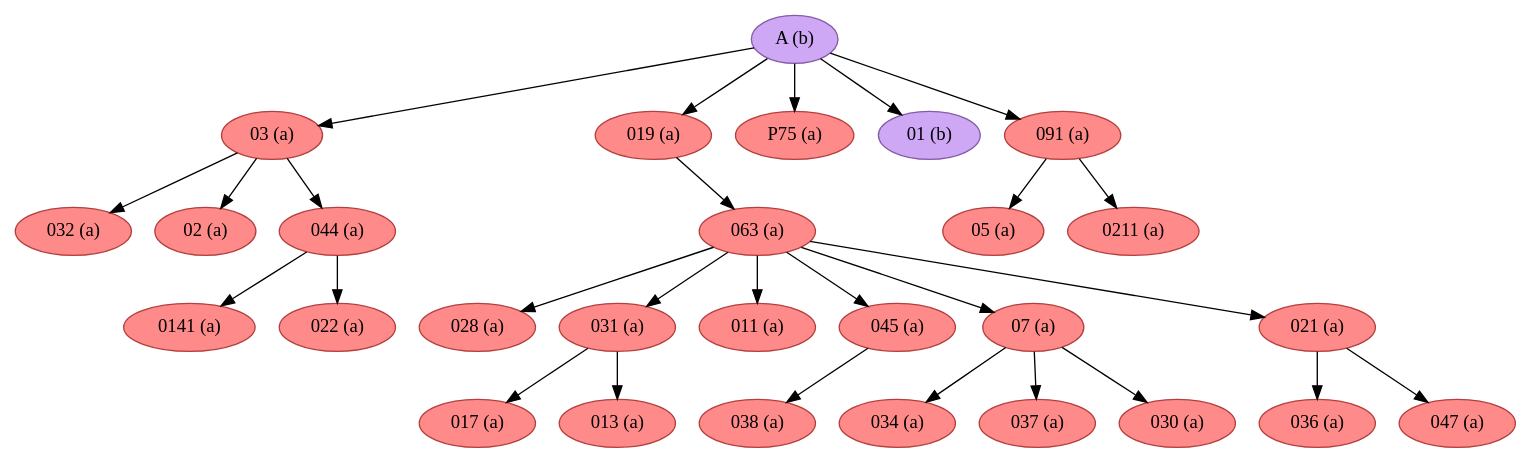
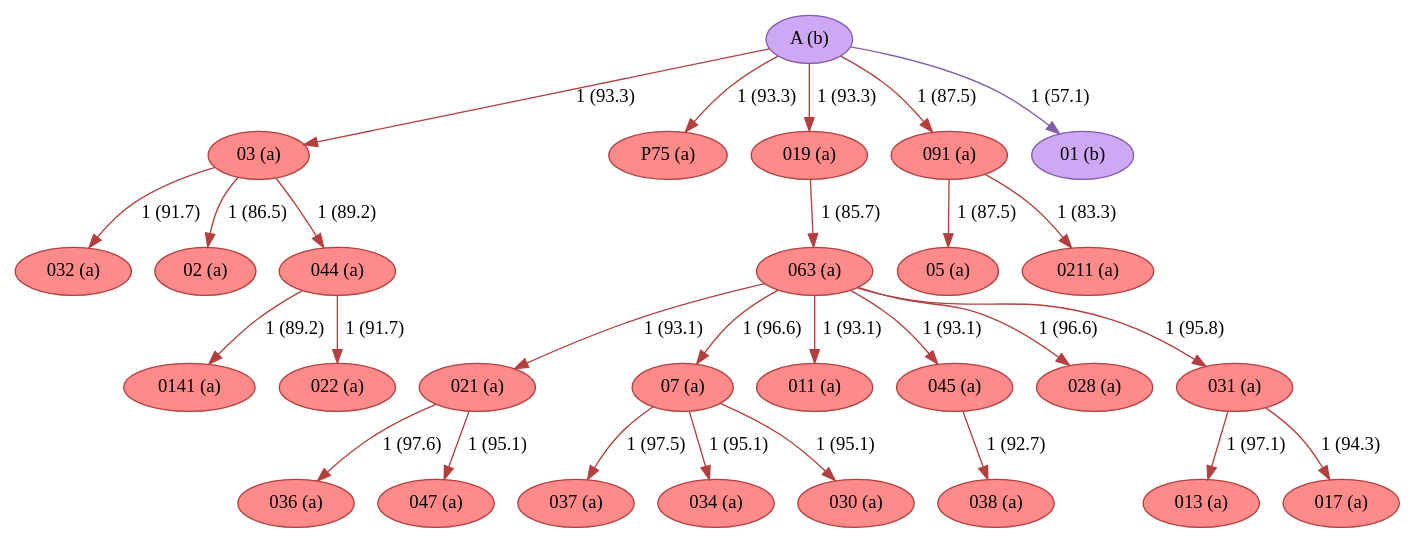
One commit to edmondac/CBGM changed the diagram in example/c2/textual_flow_22_62-66_c2.dot. Above: the diagram before and after it, drawn with Graphviz. The commit also changed 163 other files, not shown here.

Commit message:
Updated diagrams with new code

```diff
--- a/example/c2/textual_flow_22_62-66_c2.dot
+++ b/example/c2/textual_flow_22_62-66_c2.dot
@@ -1,57 +1,57 @@
 strict digraph G {
+"013 (a)" [fillcolor="#FF8A8A", color="#b43f3f", style=filled];
+"017 (a)" [fillcolor="#FF8A8A", color="#b43f3f", style=filled];
+"032 (a)" [fillcolor="#FF8A8A", color="#b43f3f", style=filled];
+"021 (a)" [fillcolor="#FF8A8A", color="#b43f3f", style=filled];
+"037 (a)" [fillcolor="#FF8A8A", color="#b43f3f", style=filled];
+"05 (a)" [fillcolor="#FF8A8A", color="#b43f3f", style=filled];
+"02 (a)" [fillcolor="#FF8A8A", color="#b43f3f", style=filled];
+"036 (a)" [fillcolor="#FF8A8A", color="#b43f3f", style=filled];
+"07 (a)" [fillcolor="#FF8A8A", color="#b43f3f", style=filled];
+"03 (a)" [fillcolor="#FF8A8A", color="#b43f3f", style=filled];
+"P75 (a)" [fillcolor="#FF8A8A", color="#b43f3f", style=filled];
 "038 (a)" [fillcolor="#FF8A8A", color="#b43f3f", style=filled];
-"032 (a)" [fillcolor="#FF8A8A", color="#b43f3f", style=filled];
 "034 (a)" [fillcolor="#FF8A8A", color="#b43f3f", style=filled];
+"019 (a)" [fillcolor="#FF8A8A", color="#b43f3f", style=filled];
+"0141 (a)" [fillcolor="#FF8A8A", color="#b43f3f", style=filled];
+"0211 (a)" [fillcolor="#FF8A8A", color="#b43f3f", style=filled];
+"091 (a)" [fillcolor="#FF8A8A", color="#b43f3f", style=filled];
+"011 (a)" [fillcolor="#FF8A8A", color="#b43f3f", style=filled];
+"045 (a)" [fillcolor="#FF8A8A", color="#b43f3f", style=filled];
+"01 (b)" [fillcolor="#CEA8F4", color="#835da9", style=filled];
+"030 (a)" [fillcolor="#FF8A8A", color="#b43f3f", style=filled];
+"028 (a)" [fillcolor="#FF8A8A", color="#b43f3f", style=filled];
+"A (b)" [fillcolor="#CEA8F4", color="#835da9", style=filled];
+"022 (a)" [fillcolor="#FF8A8A", color="#b43f3f", style=filled];
+"047 (a)" [fillcolor="#FF8A8A", color="#b43f3f", style=filled];
+"044 (a)" [fillcolor="#FF8A8A", color="#b43f3f", style=filled];
 "063 (a)" [fillcolor="#FF8A8A", color="#b43f3f", style=filled];
-"A (b)" [fillcolor="#CEA8F4", color="#835da9", style=filled];
-"05 (a)" [fillcolor="#FF8A8A", color="#b43f3f", style=filled];
-"028 (a)" [fillcolor="#FF8A8A", color="#b43f3f", style=filled];
-"02 (a)" [fillcolor="#FF8A8A", color="#b43f3f", style=filled];
-"03 (a)" [fillcolor="#FF8A8A", color="#b43f3f", style=filled];
-"044 (a)" [fillcolor="#FF8A8A", color="#b43f3f", style=filled];
-"0141 (a)" [fillcolor="#FF8A8A", color="#b43f3f", style=filled];
-"019 (a)" [fillcolor="#FF8A8A", color="#b43f3f", style=filled];
-"P75 (a)" [fillcolor="#FF8A8A", color="#b43f3f", style=filled];
-"01 (b)" [fillcolor="#CEA8F4", color="#835da9", style=filled];
-"0211 (a)" [fillcolor="#FF8A8A", color="#b43f3f", style=filled];
 "031 (a)" [fillcolor="#FF8A8A", color="#b43f3f", style=filled];
-"036 (a)" [fillcolor="#FF8A8A", color="#b43f3f", style=filled];
-"017 (a)" [fillcolor="#FF8A8A", color="#b43f3f", style=filled];
-"011 (a)" [fillcolor="#FF8A8A", color="#b43f3f", style=filled];
-"047 (a)" [fillcolor="#FF8A8A", color="#b43f3f", style=filled];
-"045 (a)" [fillcolor="#FF8A8A", color="#b43f3f", style=filled];
-"022 (a)" [fillcolor="#FF8A8A", color="#b43f3f", style=filled];
-"013 (a)" [fillcolor="#FF8A8A", color="#b43f3f", style=filled];
-"091 (a)" [fillcolor="#FF8A8A", color="#b43f3f", style=filled];
-"07 (a)" [fillcolor="#FF8A8A", color="#b43f3f", style=filled];
-"037 (a)" [fillcolor="#FF8A8A", color="#b43f3f", style=filled];
-"030 (a)" [fillcolor="#FF8A8A", color="#b43f3f", style=filled];
-"021 (a)" [fillcolor="#FF8A8A", color="#b43f3f", style=filled];
-"063 (a)" -> "028 (a)";
-"063 (a)" -> "031 (a)";
-"063 (a)" -> "07 (a)";
-"063 (a)" -> "021 (a)";
-"063 (a)" -> "011 (a)";
-"063 (a)" -> "045 (a)";
-"A (b)" -> "P75 (a)";
-"A (b)" -> "019 (a)";
-"A (b)" -> "01 (b)";
-"A (b)" -> "03 (a)";
-"A (b)" -> "091 (a)";
-"03 (a)" -> "032 (a)";
-"03 (a)" -> "044 (a)";
-"03 (a)" -> "02 (a)";
-"044 (a)" -> "022 (a)";
-"044 (a)" -> "0141 (a)";
-"019 (a)" -> "063 (a)";
-"031 (a)" -> "017 (a)";
-"031 (a)" -> "013 (a)";
-"045 (a)" -> "038 (a)";
-"091 (a)" -> "05 (a)";
-"091 (a)" -> "0211 (a)";
-"07 (a)" -> "037 (a)";
-"07 (a)" -> "030 (a)";
-"07 (a)" -> "034 (a)";
-"021 (a)" -> "036 (a)";
-"021 (a)" -> "047 (a)";
+"021 (a)" -> "036 (a)"  [color="#b43f3f", label="1 (97.6)"];
+"021 (a)" -> "047 (a)"  [color="#b43f3f", label="1 (95.1)"];
+"07 (a)" -> "030 (a)"  [color="#b43f3f", label="1 (95.1)"];
+"07 (a)" -> "034 (a)"  [color="#b43f3f", label="1 (95.1)"];
+"07 (a)" -> "037 (a)"  [color="#b43f3f", label="1 (97.5)"];
+"03 (a)" -> "044 (a)"  [color="#b43f3f", label="1 (89.2)"];
+"03 (a)" -> "032 (a)"  [color="#b43f3f", label="1 (91.7)"];
+"03 (a)" -> "02 (a)"  [color="#b43f3f", label="1 (86.5)"];
+"019 (a)" -> "063 (a)"  [color="#b43f3f", label="1 (85.7)"];
+"091 (a)" -> "0211 (a)"  [color="#b43f3f", label="1 (83.3)"];
+"091 (a)" -> "05 (a)"  [color="#b43f3f", label="1 (87.5)"];
+"045 (a)" -> "038 (a)"  [color="#b43f3f", label="1 (92.7)"];
+"A (b)" -> "03 (a)"  [color="#b43f3f", label="1 (93.3)"];
+"A (b)" -> "01 (b)"  [color="#835da9", label="1 (57.1)"];
+"A (b)" -> "P75 (a)"  [color="#b43f3f", label="1 (93.3)"];
+"A (b)" -> "019 (a)"  [color="#b43f3f", label="1 (93.3)"];
+"A (b)" -> "091 (a)"  [color="#b43f3f", label="1 (87.5)"];
+"044 (a)" -> "022 (a)"  [color="#b43f3f", label="1 (91.7)"];
+"044 (a)" -> "0141 (a)"  [color="#b43f3f", label="1 (89.2)"];
+"063 (a)" -> "045 (a)"  [color="#b43f3f", label="1 (93.1)"];
+"063 (a)" -> "028 (a)"  [color="#b43f3f", label="1 (96.6)"];
+"063 (a)" -> "011 (a)"  [color="#b43f3f", label="1 (93.1)"];
+"063 (a)" -> "07 (a)"  [color="#b43f3f", label="1 (96.6)"];
+"063 (a)" -> "021 (a)"  [color="#b43f3f", label="1 (93.1)"];
+"063 (a)" -> "031 (a)"  [color="#b43f3f", label="1 (95.8)"];
+"031 (a)" -> "013 (a)"  [color="#b43f3f", label="1 (97.1)"];
+"031 (a)" -> "017 (a)"  [color="#b43f3f", label="1 (94.3)"];
 }
```
